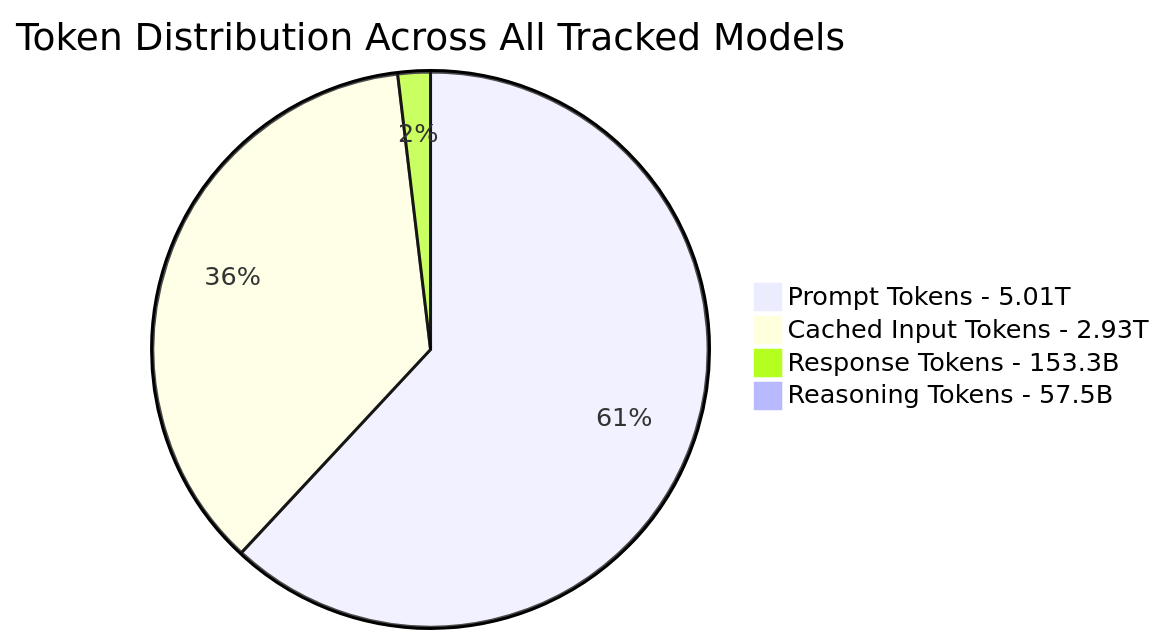
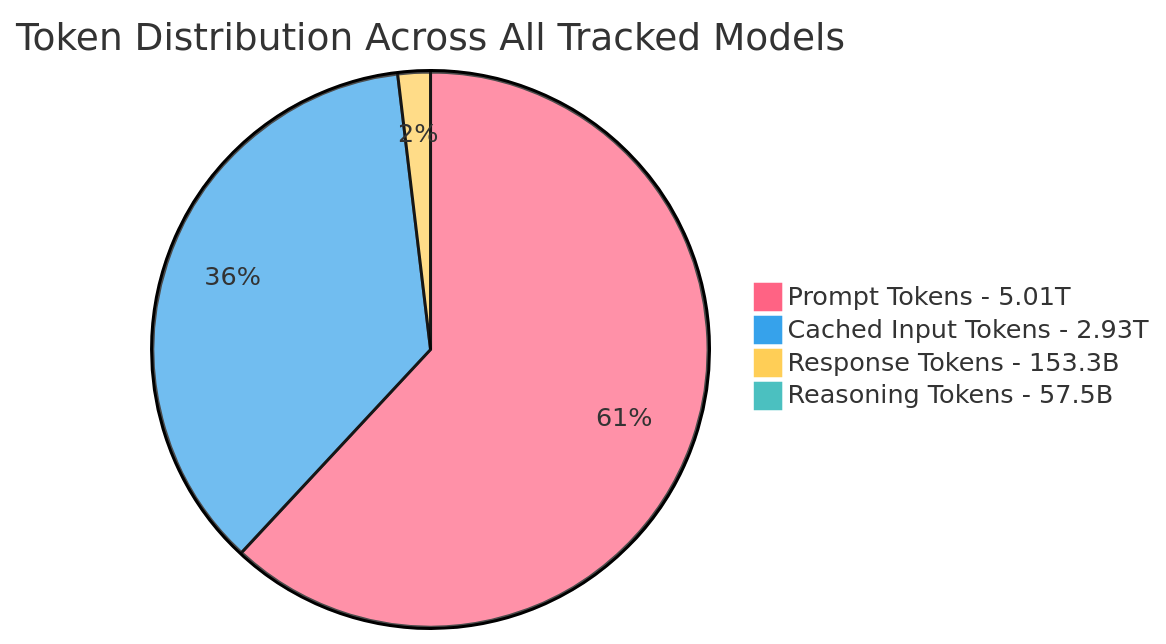
Before and after one commit to johnbean393/openrouter-inference-stats: the fourth of 4 diagrams in README.md, drawn with Mermaid. The commit also changed other lines of this file and 1 other file, not shown here.

First line of the commit message:
Fix broken charts: numerical x-axis, shorter labels, high-contrast pie colors

````diff
--- a/README.md
+++ b/README.md
@@ -54,8 +55,9 @@
 ```mermaid
+%%{init: {'theme': 'base', 'themeVariables': {'pie1': '#FF6384', 'pie2': '#36A2EB', 'pie3': '#FFCE56', 'pie4': '#4BC0C0', 'pie5': '#9966FF', 'pie6': '#FF9F40', 'pie7': '#2ECC71', 'pie8': '#FF66B2', 'pie9': '#00CCFF', 'pie10': '#E74C3C', 'pie11': '#F39C12', 'pie12': '#1ABC9C'}}}%%
 pie
     title Token Distribution Across All Tracked Models
     "Prompt Tokens - 5.01T" : 5012564648034
     "Cached Input Tokens - 2.93T" : 2928357241567
     "Response Tokens - 153.3B" : 153263265838
     "Reasoning Tokens - 57.5B" : 57505324896
 ```
````
